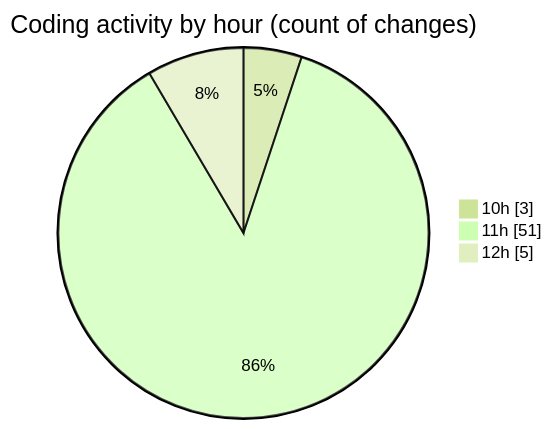
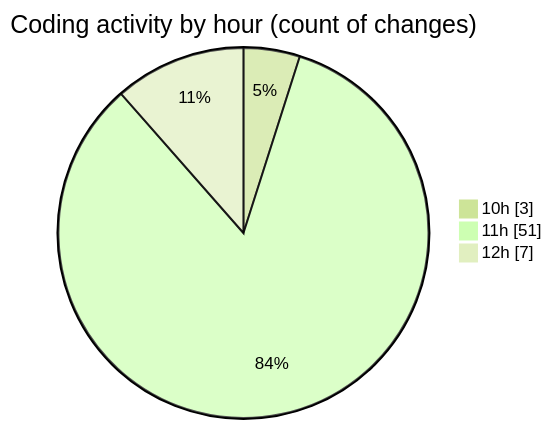
The second of 2 diagrams in 2025-07-11/argos/README.md (nxtqubesakshisongat/code-tracking), drawn with Mermaid (forest theme) before and after one commit. The commit also changed other lines of this file and 1 other file, not shown here.

````diff
--- a/2025-07-11/argos/README.md
+++ b/2025-07-11/argos/README.md
@@ -33,7 +33,7 @@
 ```mermaid
 pie showData
 title Coding activity by hour (count of changes)
 "10h" : 3
 "11h" : 51
-"12h" : 5
+"12h" : 7
 ```
````
